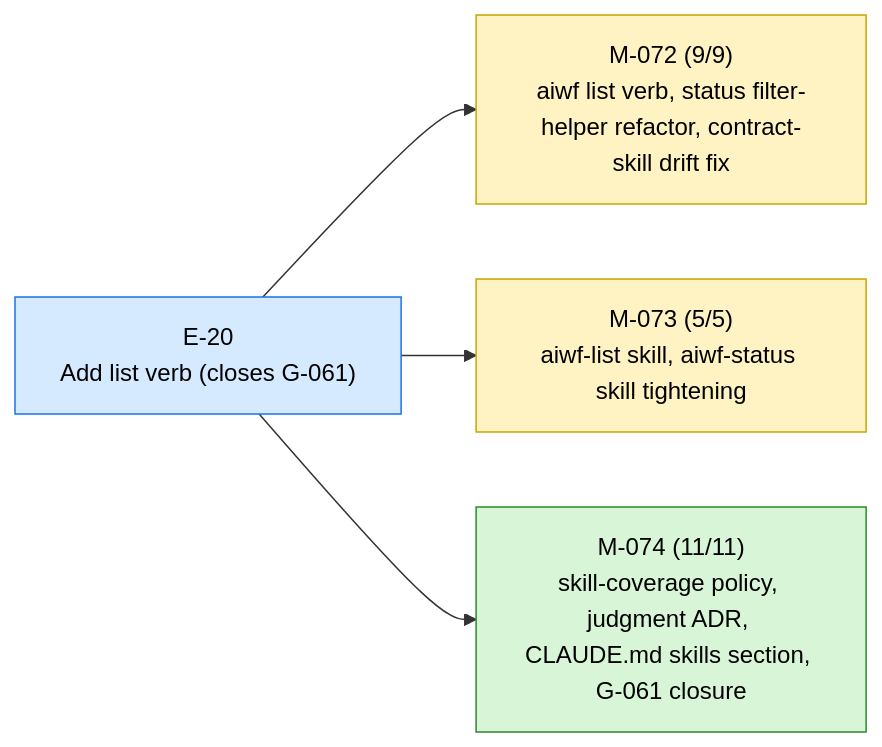
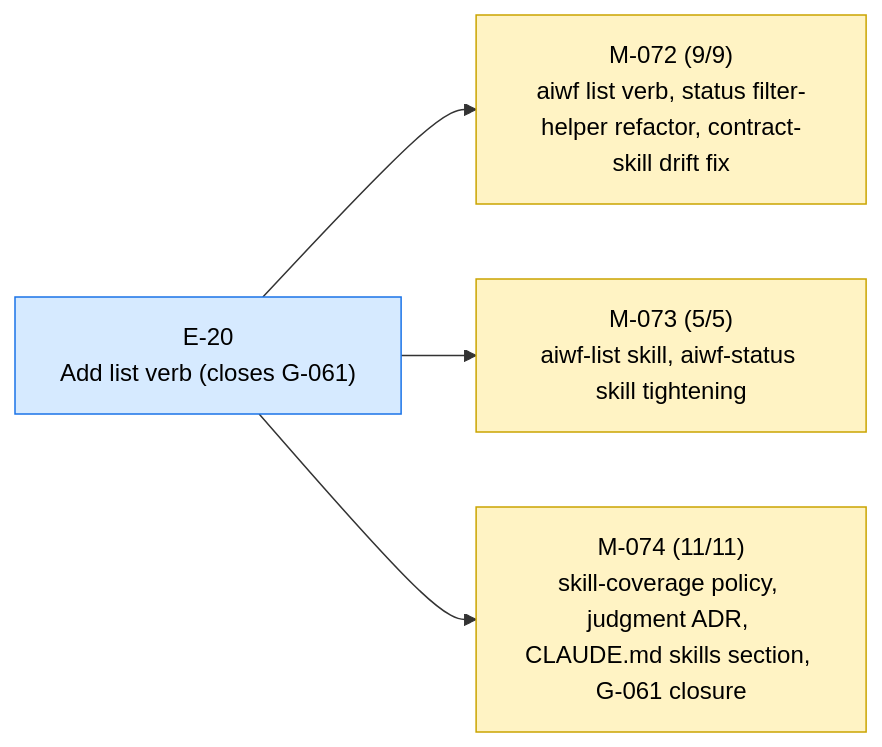
One commit to 23min/aiwf changed the first of 2 diagrams in STATUS.md. Above: the diagram before and after it, drawn with Mermaid. The commit also changed other lines of this file and 1 other file, not shown here.

First line of the commit message:
aiwf promote M-074 done -> in_progress

````diff
--- a/STATUS.md
+++ b/STATUS.md
@@ -13,16 +13,16 @@
 ```mermaid
 flowchart LR
   E_20["E-20<br/>Add list verb (closes G-061)"]:::epic_active
   M_072["M-072 (9/9)<br/>aiwf list verb, status filter-helper refactor, contract-skill drift fix"]:::ms_in_progress
   E_20 --> M_072
   M_073["M-073 (5/5)<br/>aiwf-list skill, aiwf-status skill tightening"]:::ms_in_progress
   E_20 --> M_073
-  M_074["M-074 (11/11)<br/>skill-coverage policy, judgment ADR, CLAUDE.md skills section, G-061 closure"]:::ms_done
+  M_074["M-074 (11/11)<br/>skill-coverage policy, judgment ADR, CLAUDE.md skills section, G-061 closure"]:::ms_in_progress
   E_20 --> M_074
   classDef epic_active fill:#d6eaff,stroke:#1a73e8,color:#000
   classDef epic_proposed fill:#f4f4f4,stroke:#888,color:#000
   classDef ms_done fill:#d8f5d8,stroke:#2a8a2a,color:#000
   classDef ms_in_progress fill:#fff3c4,stroke:#caa400,color:#000
   classDef ms_draft fill:#f4f4f4,stroke:#888,color:#000
   classDef ms_cancelled fill:#fbeaea,stroke:#c33,color:#000
 ```
````
